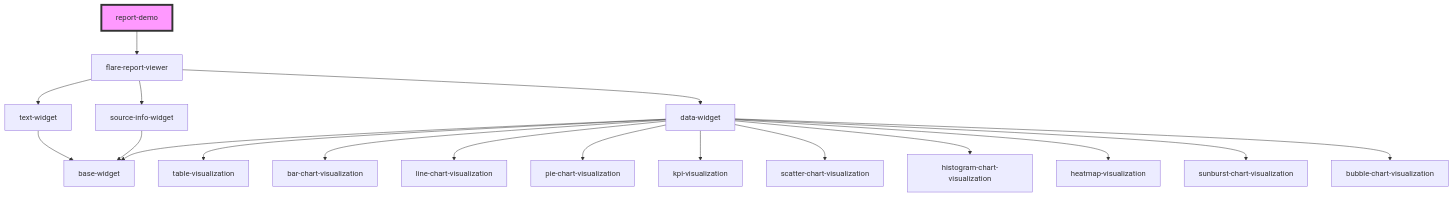
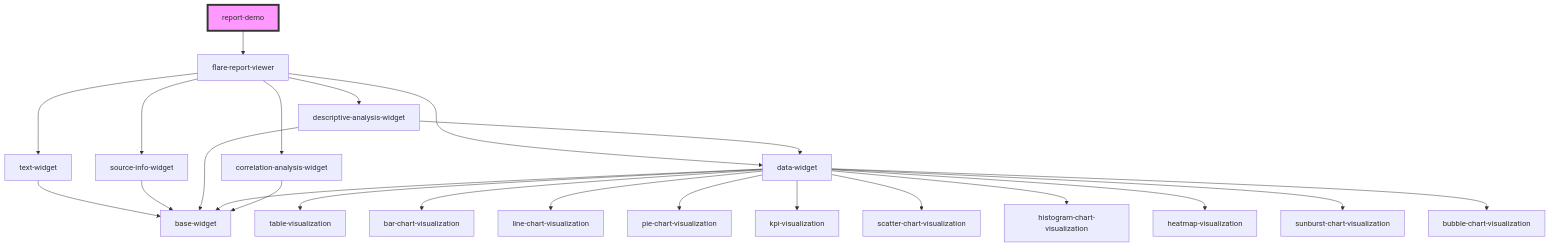
Before and after one commit to flarelight-io/ReportingUI: the diagram in src/components/report-demo/readme.md, drawn with Mermaid. The commit also changed 2 other files, not shown here.

Commit message:
Updated pipeline

````diff
--- a/src/components/report-demo/readme.md
+++ b/src/components/report-demo/readme.md
@@ -15,21 +15,26 @@
 ```mermaid
 graph TD;
   report-demo --> flare-report-viewer
   flare-report-viewer --> text-widget
   flare-report-viewer --> source-info-widget
+  flare-report-viewer --> descriptive-analysis-widget
+  flare-report-viewer --> correlation-analysis-widget
   flare-report-viewer --> data-widget
   text-widget --> base-widget
   source-info-widget --> base-widget
+  descriptive-analysis-widget --> base-widget
+  descriptive-analysis-widget --> data-widget
   data-widget --> table-visualization
   data-widget --> bar-chart-visualization
   data-widget --> line-chart-visualization
   data-widget --> pie-chart-visualization
   data-widget --> kpi-visualization
   data-widget --> scatter-chart-visualization
   data-widget --> histogram-chart-visualization
   data-widget --> heatmap-visualization
   data-widget --> sunburst-chart-visualization
   data-widget --> bubble-chart-visualization
   data-widget --> base-widget
+  correlation-analysis-widget --> base-widget
   style report-demo fill:#f9f,stroke:#333,stroke-width:4px
 ```
````
